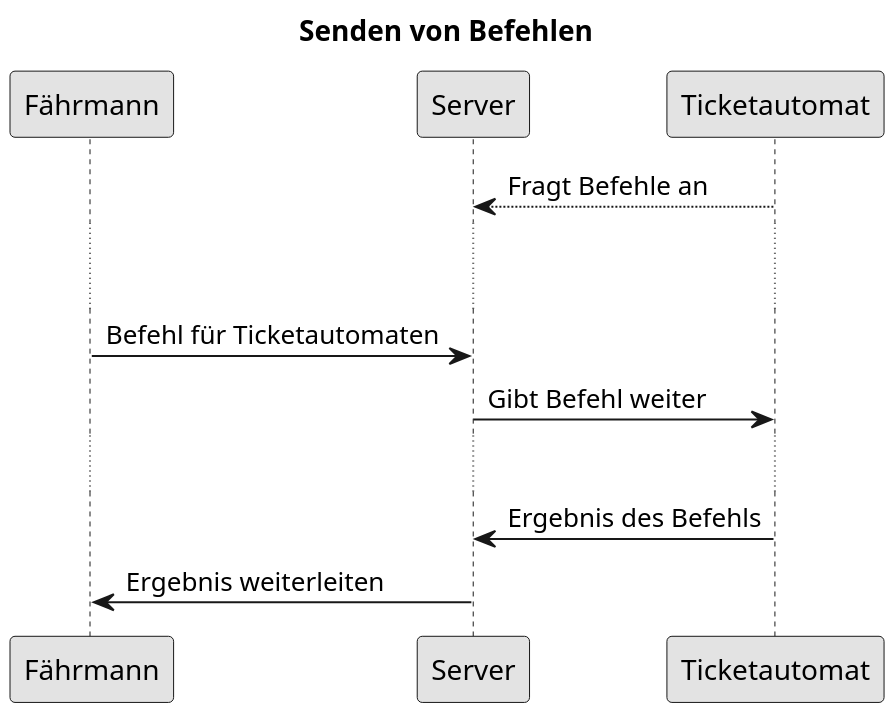
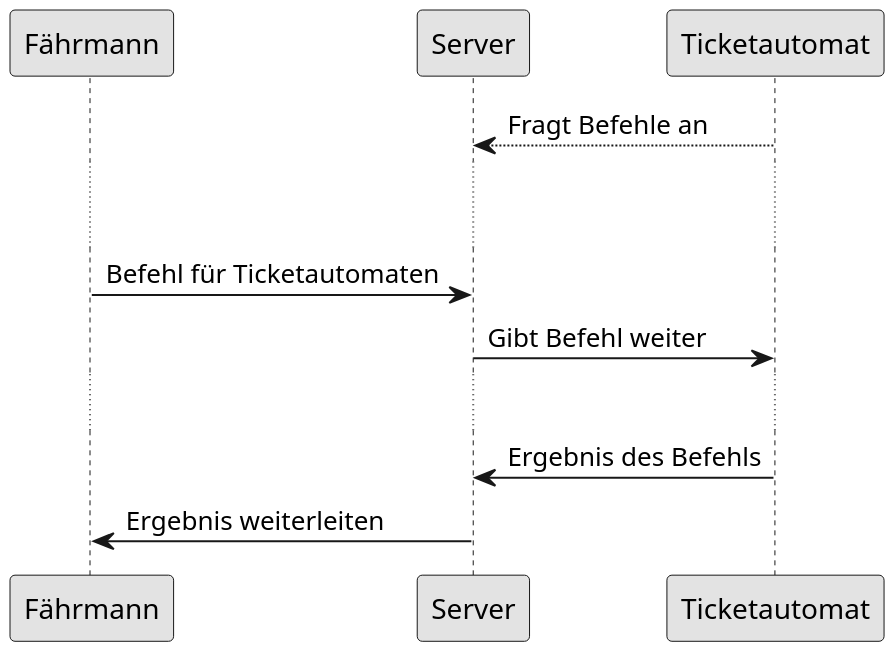
Before and after one commit to FerryTix/diagrams: the diagram in src/befehl_faehrmann.puml, drawn with PlantUML. The commit also changed 1 other file, not shown here.

Commit message:
add befehl_faehrmann diagram

```diff
--- a/src/befehl_faehrmann.puml
+++ b/src/befehl_faehrmann.puml
@@ -1,17 +1,17 @@
 @startuml
 skinparam linetype ortho
 skinparam monochrome true
-title: Senden von Befehlen
+'title: Senden von Befehlen
 
 scale 2
 participant Fährmann
 participant Server
 
 Ticketautomat ---> Server: Fragt Befehle an
 ... ...
 Fährmann -> Server: Befehl für Ticketautomaten
 Server -> Ticketautomat: Gibt Befehl weiter
 ...
 Ticketautomat -> Server: Ergebnis des Befehls
 Server -> Fährmann: Ergebnis weiterleiten
 @enduml
```
